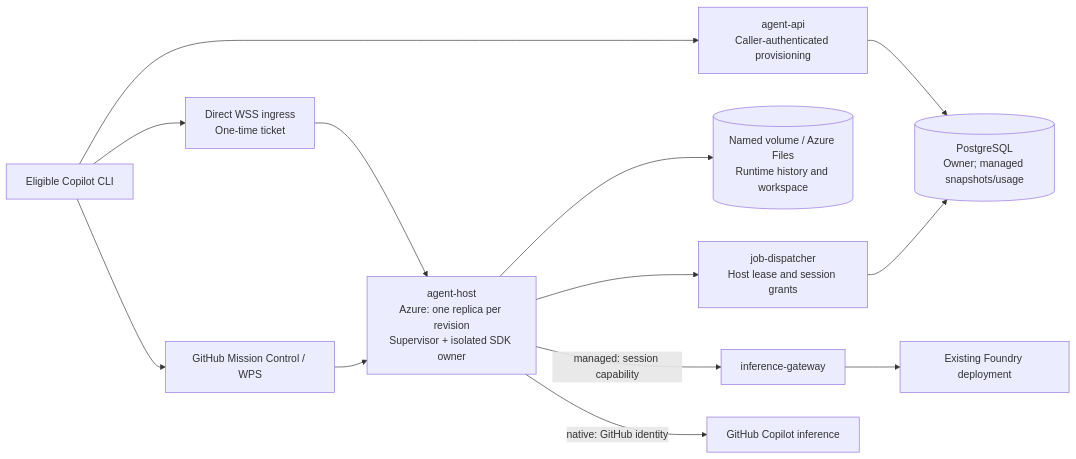
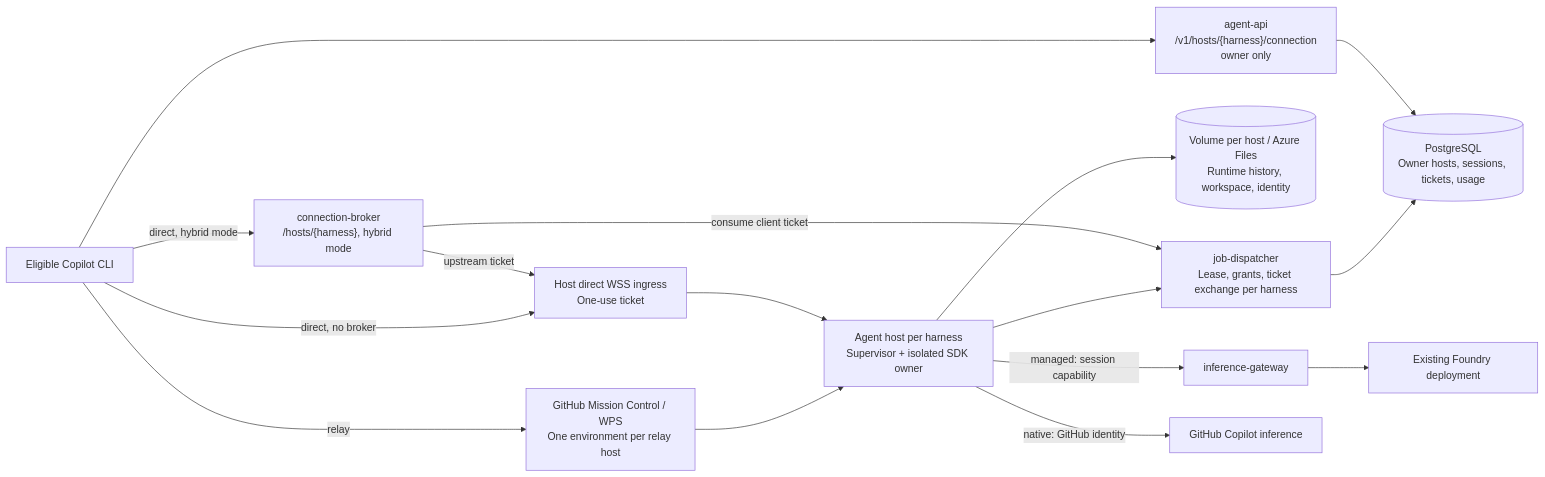
The fifth of 9 diagrams in docs/ARCHITECTURE.md (patniko/copilot-sdk-aspire), drawn with Mermaid before and after one commit. The commit also changed other lines of this file and 10 other files, not shown here.

First line of the commit message:
Document per-harness owner hosts, broker routing, and the stage-3 record

````diff
--- a/docs/ARCHITECTURE.md
+++ b/docs/ARCHITECTURE.md
@@ -255,22 +262,24 @@
 ```mermaid
 flowchart LR
     CLI["Eligible Copilot CLI"]
-    Provision["agent-api<br/>Caller-authenticated provisioning"]
-    Direct["Direct WSS ingress<br/>One-time ticket"]
-    MC["GitHub Mission Control / WPS"]
-    Host["agent-host<br/>Azure: one replica per revision<br/>Supervisor + isolated SDK owner"]
-    State[("Named volume / Azure Files<br/>Runtime history and workspace")]
-    Dispatch["job-dispatcher<br/>Host lease and session grants"]
-    Ledger[("PostgreSQL<br/>Owner; managed snapshots/usage")]
+    Provision["agent-api<br/>/v1/hosts/{harness}/connection<br/>owner only"]
+    Broker["connection-broker<br/>/hosts/{harness}, hybrid mode"]
+    Direct["Host direct WSS ingress<br/>One-use ticket"]
+    MC["GitHub Mission Control / WPS<br/>One environment per relay host"]
+    Host["Agent host per harness<br/>Supervisor + isolated SDK owner"]
+    State[("Volume per host / Azure Files<br/>Runtime history, workspace, identity")]
+    Dispatch["job-dispatcher<br/>Lease, grants, ticket exchange per harness"]
+    Ledger[("PostgreSQL<br/>Owner hosts, sessions, tickets, usage")]
     Gateway["inference-gateway"]
     Foundry["Existing Foundry deployment"]
     Copilot["GitHub Copilot inference"]
-    CLI --> Provision
-    CLI --> Direct --> Host
-    CLI --> MC --> Host
+    CLI --> Provision --> Ledger
+    CLI -->|direct, hybrid mode| Broker -->|upstream ticket| Direct
+    CLI -->|direct, no broker| Direct --> Host
+    CLI -->|relay| MC --> Host
+    Broker -->|consume client ticket| Dispatch
     Host --> State
     Host --> Dispatch --> Ledger
-    Provision --> Ledger
     Host -->|managed: session capability| Gateway --> Foundry
     Host -->|native: GitHub identity| Copilot
 ```
````
